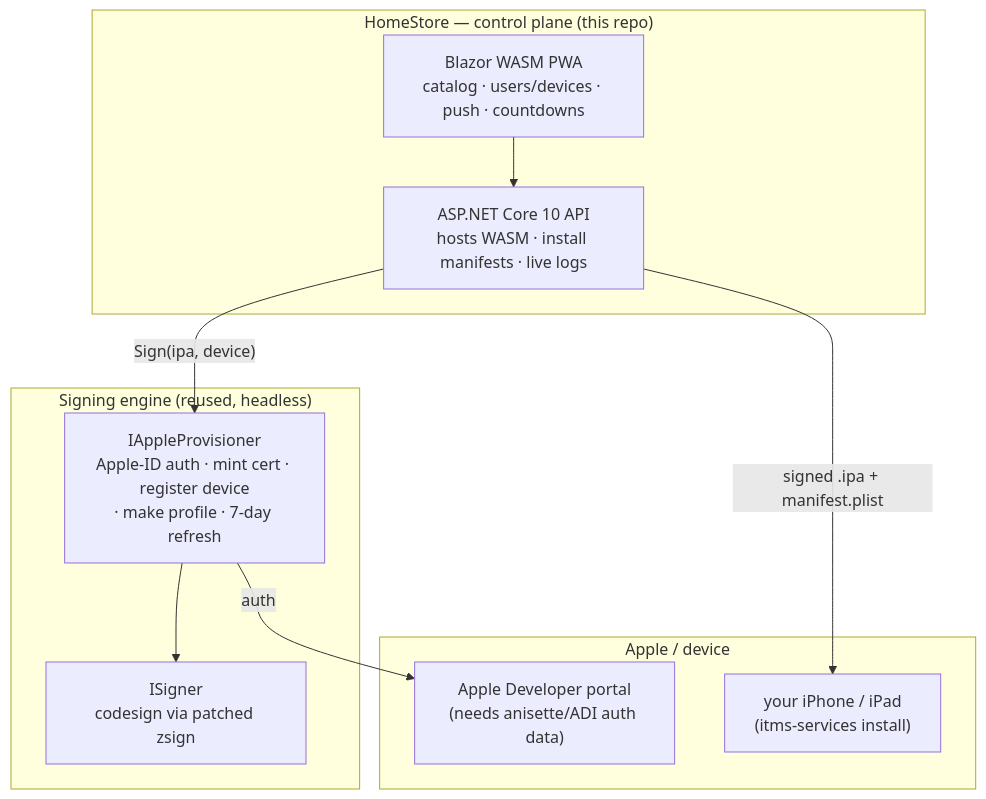
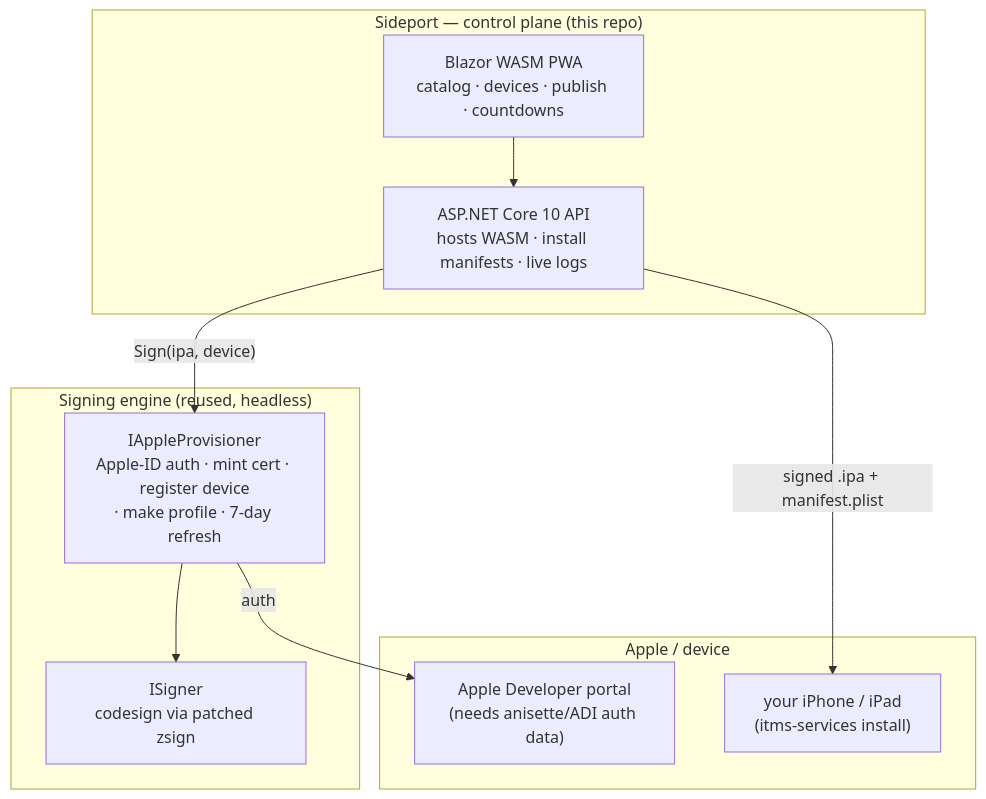
Before and after one commit to dragoshont/sideport: the diagram in README.md, drawn with Mermaid. The commit also changed other lines of this file, not shown here.

Commit message:
sideport: rename from HomeStore; honest limits, single-signer rule, OTA caveat, license clarity

````diff
--- a/README.md
+++ b/README.md
@@ -86,20 +110,20 @@
 ```mermaid
 graph TD
-    subgraph cp["HomeStore — control plane (this repo)"]
-        UI["Blazor WASM PWA<br/>catalog · users/devices · push · countdowns"]
+    subgraph cp["Sideport — control plane (this repo)"]
+        UI["Blazor WASM PWA<br/>catalog · devices · publish · countdowns"]
         API["ASP.NET Core 10 API<br/>hosts WASM · install manifests · live logs"]
         UI --> API
     end
     subgraph eng["Signing engine (reused, headless)"]
         PROV["IAppleProvisioner<br/>Apple-ID auth · mint cert · register device<br/>· make profile · 7-day refresh"]
         SIGN["ISigner<br/>codesign via patched zsign"]
     end
     subgraph apple["Apple / device"]
         PORTAL["Apple Developer portal<br/>(needs anisette/ADI auth data)"]
         PHONE["your iPhone / iPad<br/>(itms-services install)"]
     end
     API -->|"Sign(ipa, device)"| PROV
     PROV --> SIGN
     PROV -->|auth| PORTAL
     API -->|"signed .ipa + manifest.plist"| PHONE
 ```
````
